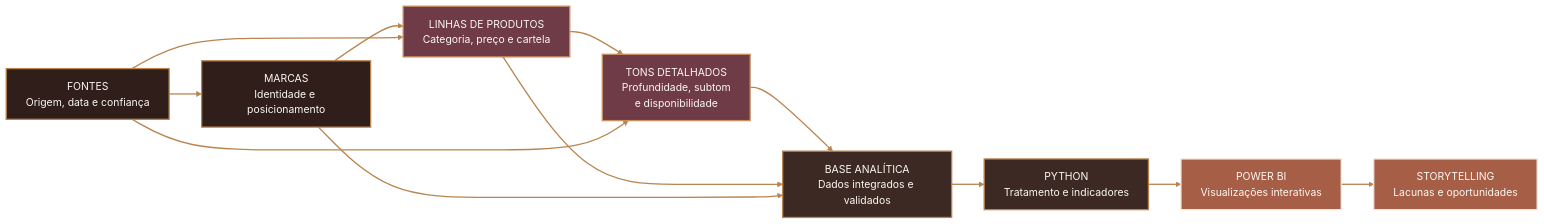
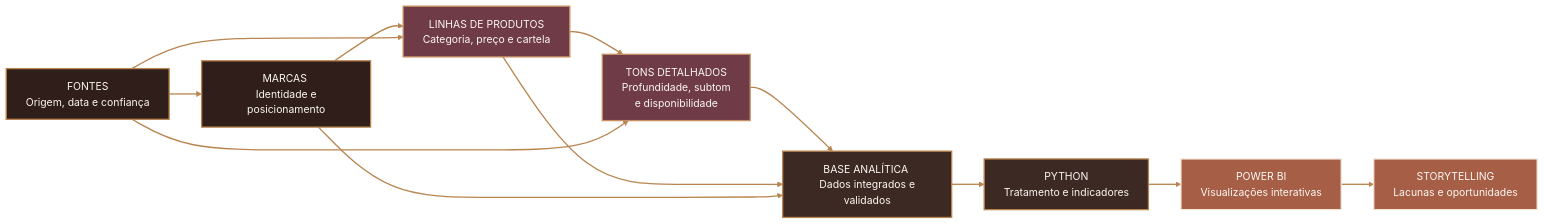
One commit to Projeto-L-Oreal-Paris/Avanco-da-industria-da-maquiagem changed diagram 11 of 17 in README.md. Above: the diagram before and after it, drawn with Mermaid. The commit also changed other lines of this file, not shown here.

````diff
--- a/README.md
+++ b/README.md
@@ -1490,28 +1490,28 @@
 ```mermaid
 flowchart LR
-    A["MARCAS<br/>Identidade e posicionamento"] --> B["LINHAS DE PRODUTOS<br/>Categoria, preço e cartela"]
-    B --> C["TONS DETALHADOS<br/>Profundidade, subtom<br/>e disponibilidade"]
-    D["FONTES<br/>Origem, data e confiança"] --> A
+    A["MARCAS <br/> Identidade e posicionamento"] --> B["LINHAS DE PRODUTOS <br/> Categoria, preço e cartela"]
+    B --> C["TONS DETALHADOS <br/> Profundidade, subtom <br/> e disponibilidade"]
+    D["FONTES <br/> Origem, data e confiança"] --> A
     D --> B
     D --> C
 
-    C --> E["BASE ANALÍTICA<br/>Dados integrados e validados"]
+    C --> E["BASE ANALÍTICA <br/> Dados integrados e validados"]
     B --> E
     A --> E
 
-    E --> F["PYTHON<br/>Tratamento e indicadores"]
-    F --> G["POWER BI<br/>Visualizações interativas"]
-    G --> H["STORYTELLING<br/>Lacunas e oportunidades"]
+    E --> F["PYTHON <br/> Tratamento e indicadores"]
+    F --> G["POWER BI <br/> Visualizações interativas"]
+    G --> H["STORYTELLING <br/> Lacunas e oportunidades"]
 
     classDef origem fill:#2F1E1A,stroke:#B8844F,color:#FCF8F3,stroke-width:2px;
     classDef produto fill:#6F3B46,stroke:#C78F62,color:#FCF8F3,stroke-width:2px;
     classDef analise fill:#3D2924,stroke:#B8844F,color:#FCF8F3,stroke-width:2px;
     classDef entrega fill:#A65F46,stroke:#F3E7D8,color:#FCF8F3,stroke-width:2px;
 
     class A,D origem;
     class B,C produto;
     class E,F analise;
     class G,H entrega;
 
     linkStyle default stroke:#B8844F,stroke-width:2px;
 ```
````
